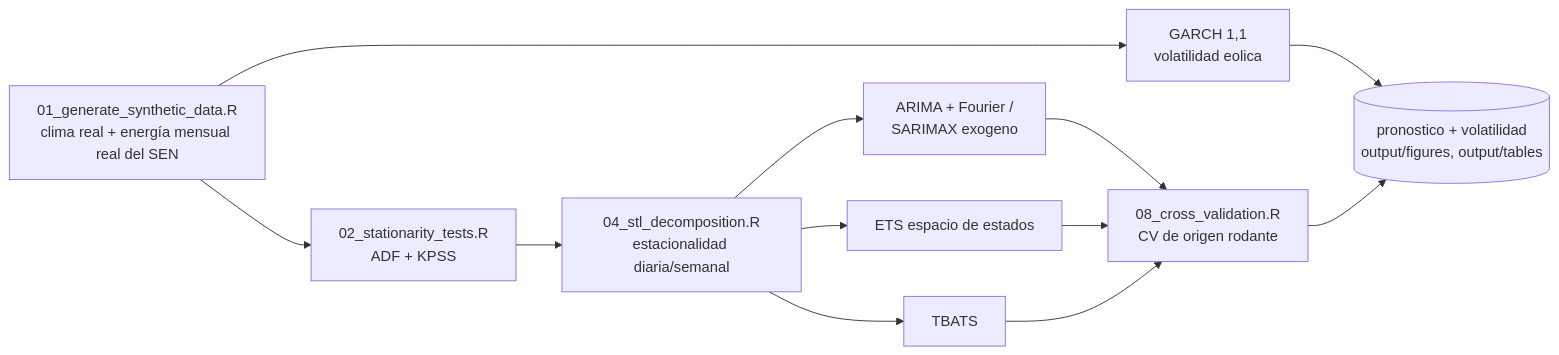
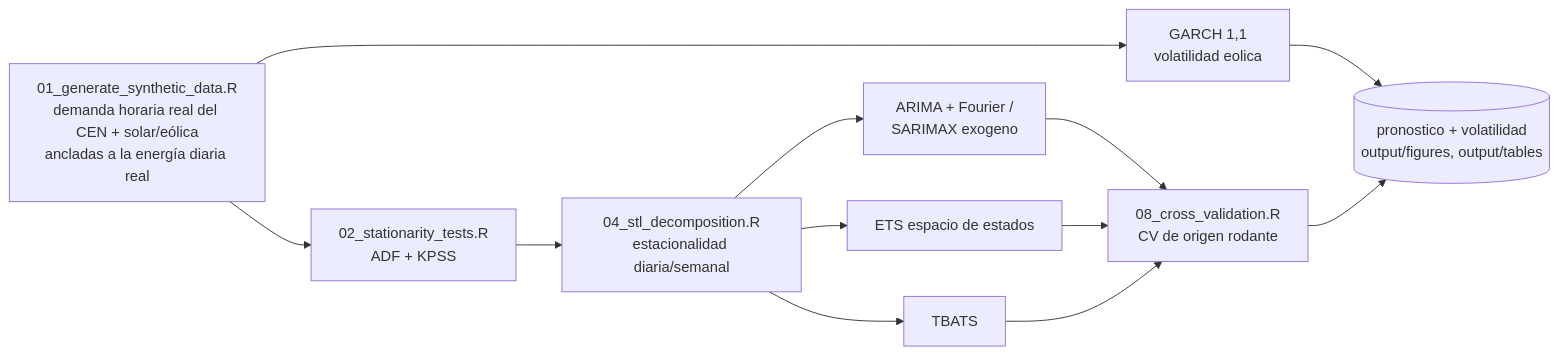
The diagram in README.es.md (Rxyxs/chile-energy-grid-forecasting-r), drawn with Mermaid before and after one commit. The commit also changed other lines of this file and 33 other files, not shown here.

````diff
--- a/README.es.md
+++ b/README.es.md
@@ -111,14 +119,14 @@
 ```mermaid
 flowchart LR
-    A[01_generate_synthetic_data.R<br/>clima real + energía mensual real del SEN] --> B[02_stationarity_tests.R<br/>ADF + KPSS]
+    A[01_generate_synthetic_data.R<br/>demanda horaria real del CEN + solar/eólica<br/>ancladas a la energía diaria real] --> B[02_stationarity_tests.R<br/>ADF + KPSS]
     B --> C[04_stl_decomposition.R<br/>estacionalidad diaria/semanal]
     C --> D1[ARIMA + Fourier /<br/>SARIMAX exogeno]
     C --> D2[ETS espacio de estados]
     C --> D3[TBATS]
     A --> E[GARCH 1,1<br/>volatilidad eolica]
     D1 --> F[08_cross_validation.R<br/>CV de origen rodante]
     D2 --> F
     D3 --> F
     E --> G[(pronostico + volatilidad<br/>output/figures, output/tables)]
     F --> G
 ```
````
